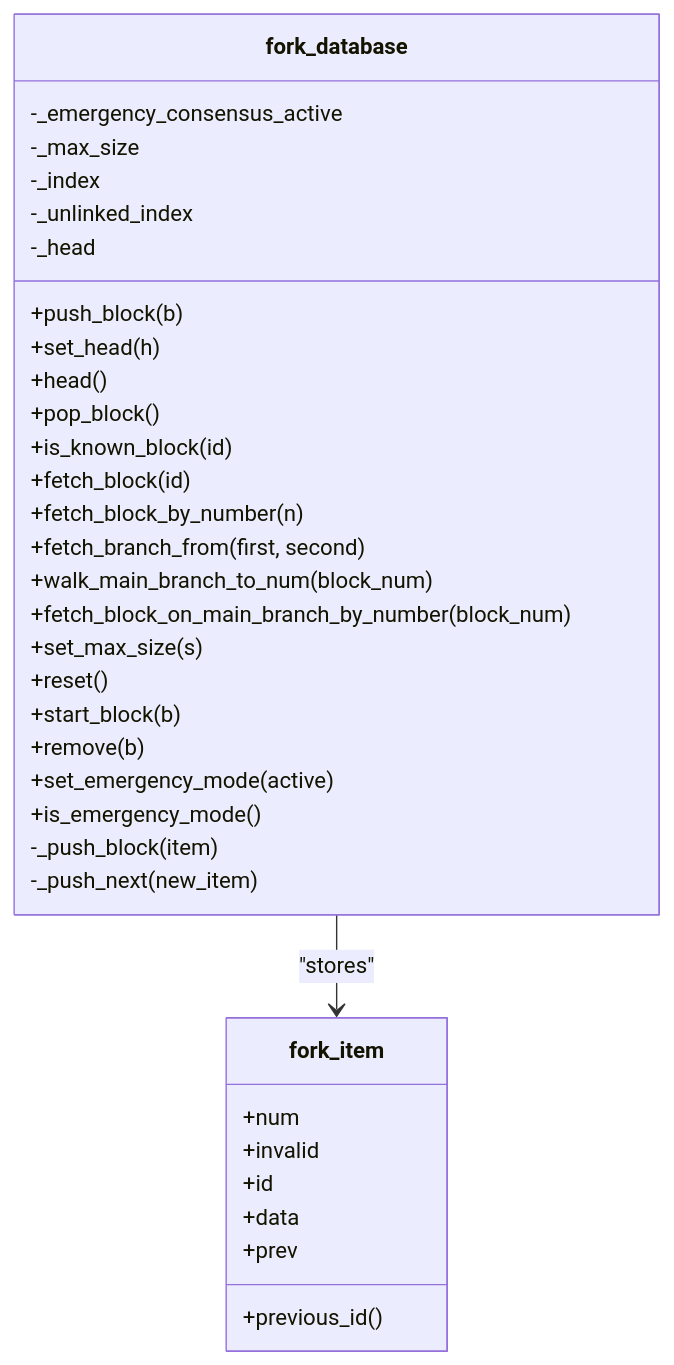
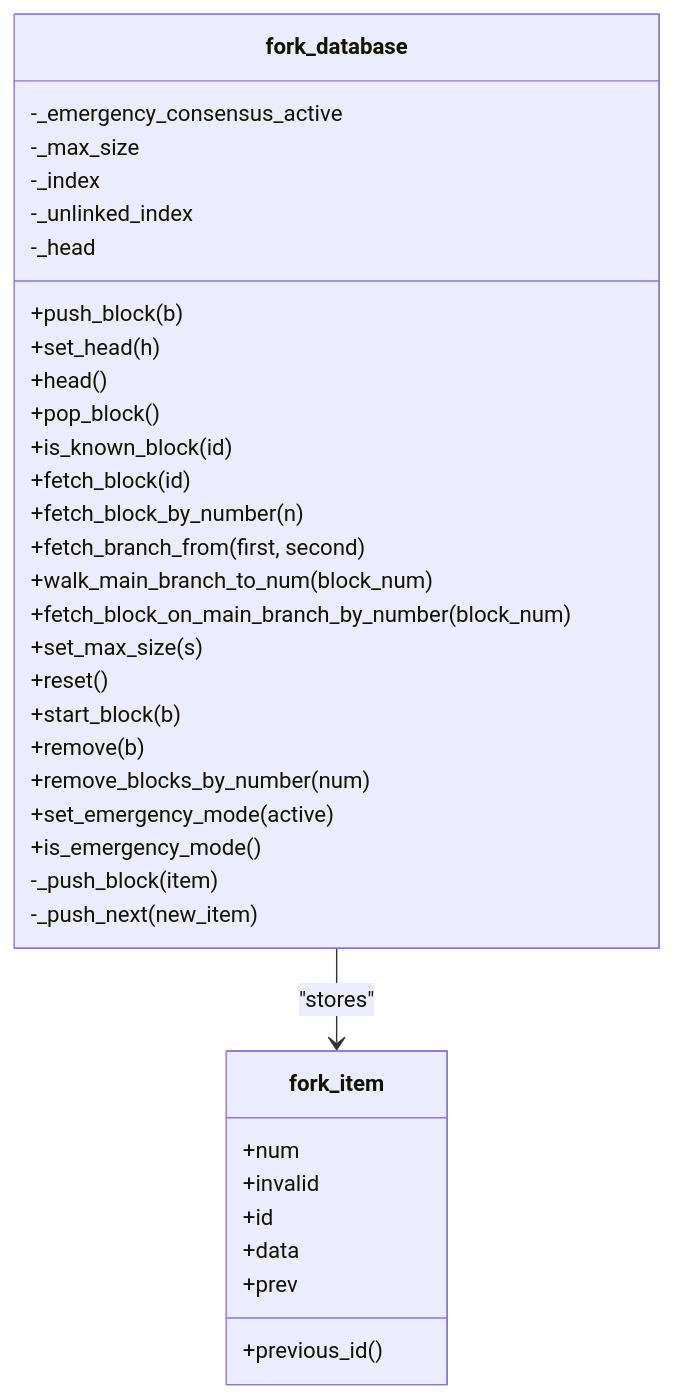
Before and after one commit to VIZ-Blockchain/viz-cpp-node: the fifth of 16 diagrams in .qoder/repowiki/en/content/Architecture Overview/Core Libraries/Chain Library/Fork Resolution and Consensus.md, drawn with Mermaid. The commit also changed other lines of this file and 9 other files, not shown here.

````diff
--- a/.qoder/repowiki/en/content/Architecture Overview/Core Libraries/Chain Library/Fork Resolution and Consensus.md
+++ b/.qoder/repowiki/en/content/Architecture Overview/Core Libraries/Chain Library/Fork Resolution and Consensus.md
@@ -256,37 +273,38 @@
 ```mermaid
 classDiagram
 class fork_database {
 +push_block(b)
 +set_head(h)
 +head()
 +pop_block()
 +is_known_block(id)
 +fetch_block(id)
 +fetch_block_by_number(n)
 +fetch_branch_from(first, second)
 +walk_main_branch_to_num(block_num)
 +fetch_block_on_main_branch_by_number(block_num)
 +set_max_size(s)
 +reset()
 +start_block(b)
 +remove(b)
++remove_blocks_by_number(num)
 +set_emergency_mode(active)
 +is_emergency_mode()
 -_push_block(item)
 -_push_next(new_item)
 -_emergency_consensus_active
 -_max_size
 -_index
 -_unlinked_index
 -_head
 }
 class fork_item {
 +num
 +invalid
 +id
 +data
 +prev
 +previous_id()
 }
 fork_database --> fork_item : "stores"
 ```
````
